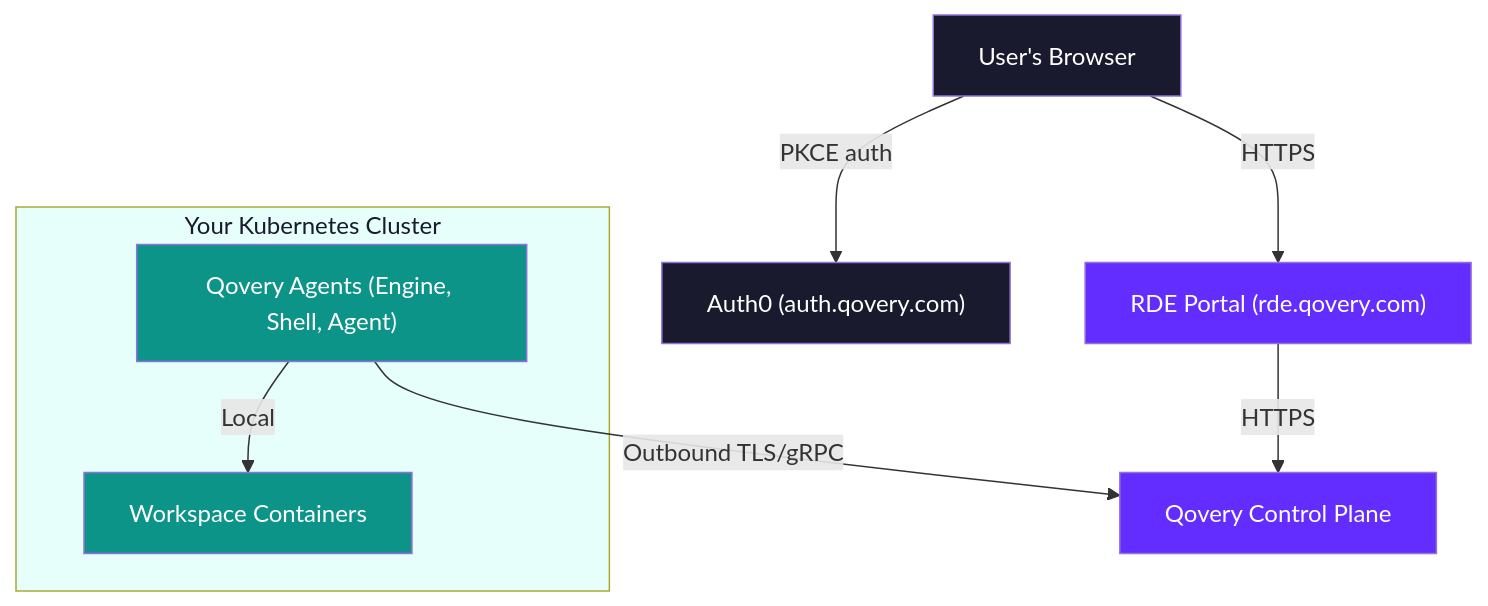
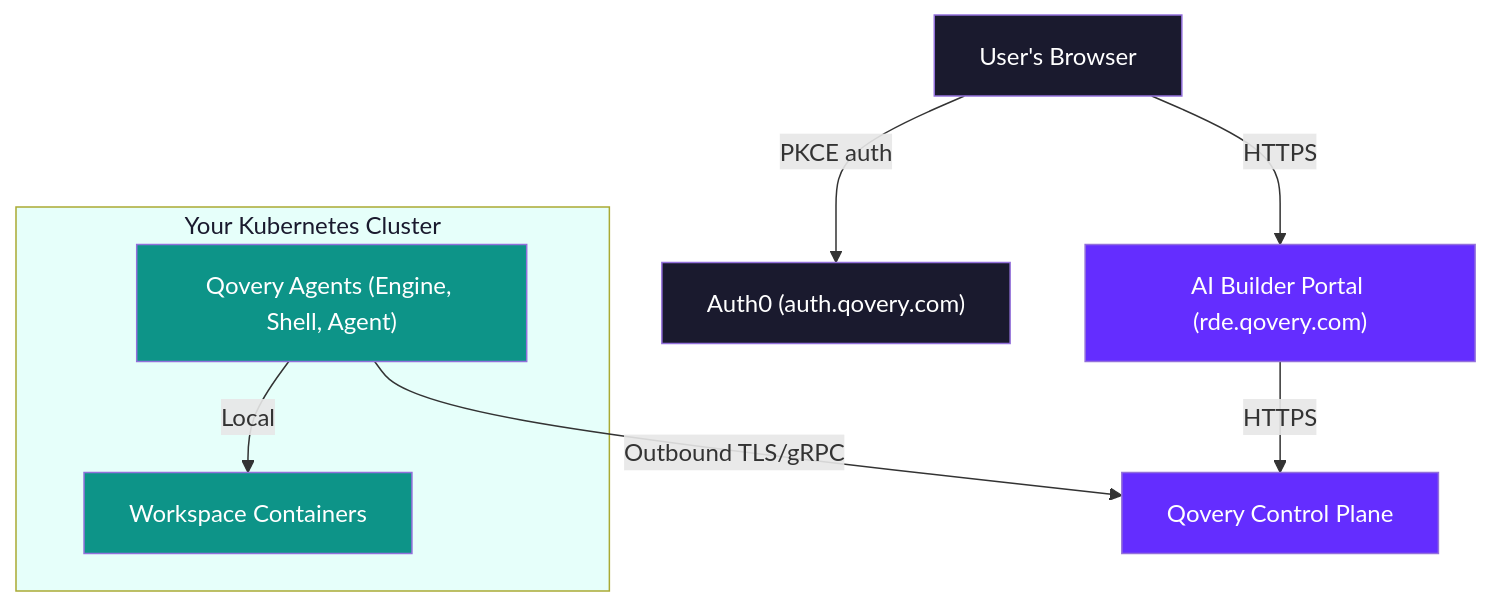
One commit to Qovery/documentation changed the first of 4 diagrams in docs/rde/reference/architecture.mdx. Above: the diagram before and after it, drawn with Mermaid. The commit also changed other lines of this file and 20 other files, not shown here.

First line of the commit message:
docs: rename RDE Portal to AI Builder Portal, update blueprint tab structure

````diff
--- a/docs/rde/reference/architecture.mdx
+++ b/docs/rde/reference/architecture.mdx
@@ -20,26 +20,26 @@
 ```mermaid
 flowchart TB
     Browser["User's Browser"]
-    Portal["RDE Portal (rde.qovery.com)"]
+    Portal["AI Builder Portal (rde.qovery.com)"]
     CP["Qovery Control Plane"]
     Auth0["Auth0 (auth.qovery.com)"]
 
     subgraph YourCluster["Your Kubernetes Cluster"]
         Agents["Qovery Agents (Engine, Shell, Agent)"]
         WS["Workspace Containers"]
     end
 
     Browser -->|"HTTPS"| Portal
     Browser -->|"PKCE auth"| Auth0
     Portal -->|"HTTPS"| CP
     Agents -->|"Outbound TLS/gRPC"| CP
     Agents -->|"Local"| WS
 
     style Browser fill:#1a1a2e,color:#fff
     style Portal fill:#642DFF,color:#fff
     style CP fill:#642DFF,color:#fff
     style Auth0 fill:#1a1a2e,color:#fff
     style YourCluster fill:#e6fffa,color:#1a1a2e
     style Agents fill:#0d9488,color:#fff
     style WS fill:#0d9488,color:#fff
 ```
````
